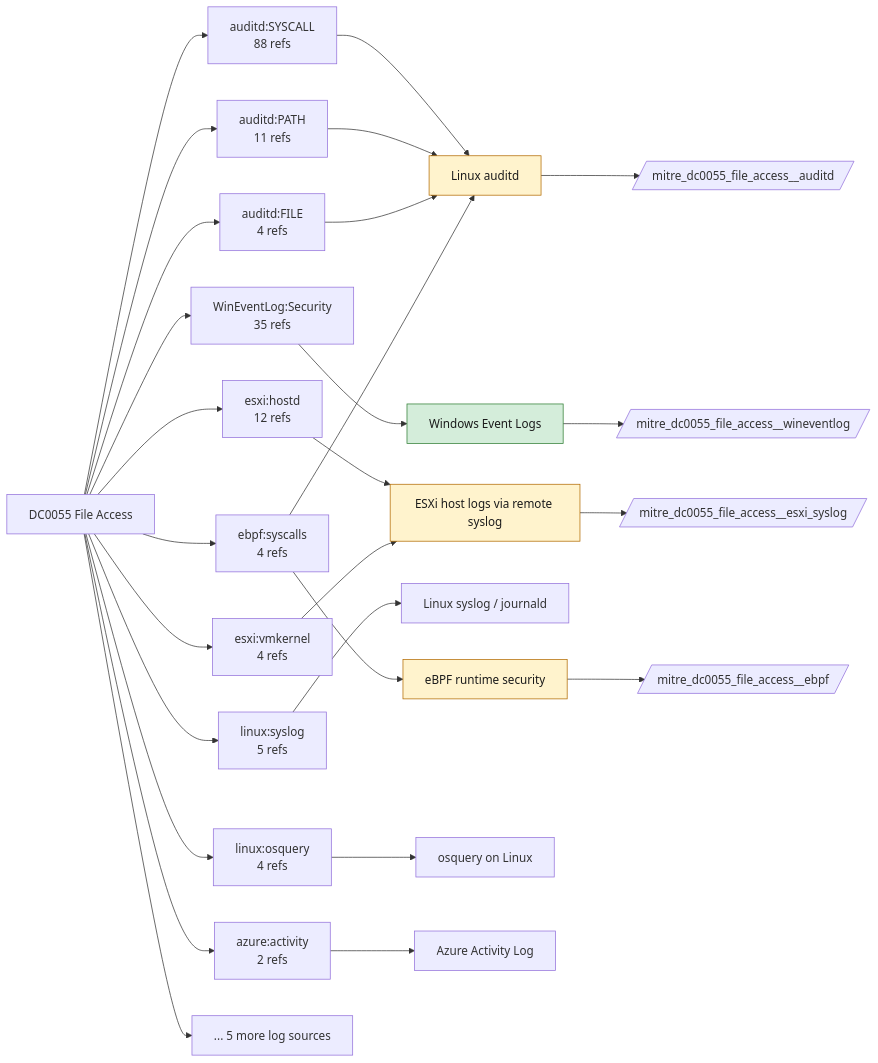
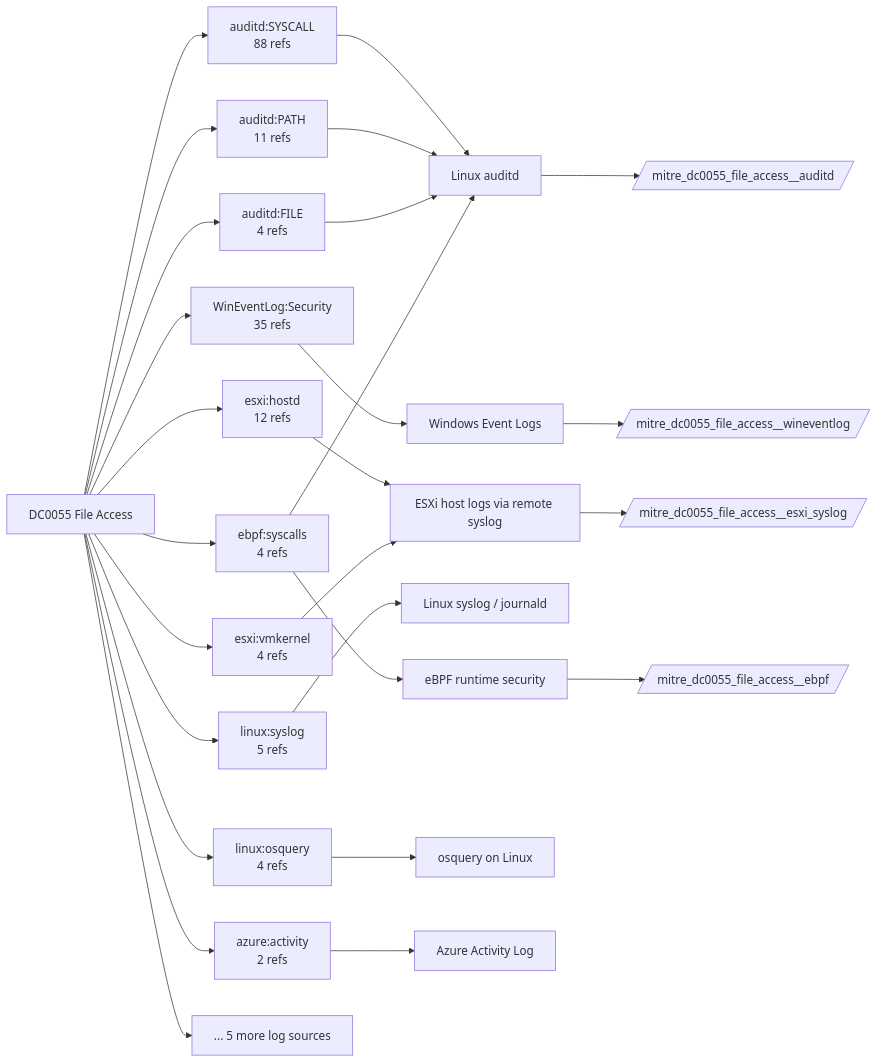
Before and after one commit to dev-nobytes-io/mitre-defensive-mappings-spl: the diagram in docs/data-components/DC0055-file-access.md, drawn with Mermaid. The commit also changed other lines of this file and 366 other files, not shown here.

````diff
--- a/docs/data-components/DC0055-file-access.md
+++ b/docs/data-components/DC0055-file-access.md
@@ -19,43 +19,37 @@
 ```mermaid
 flowchart LR
   DC["DC0055 File Access"]
   DC --> LS0["auditd:SYSCALL<br/>88 refs"]
   F_auditd["Linux auditd"]
   LS0 --> F_auditd
   DC --> LS1["WinEventLog:Security<br/>35 refs"]
   F_wineventlog["Windows Event Logs"]
   LS1 --> F_wineventlog
   DC --> LS2["esxi:hostd<br/>12 refs"]
   F_esxi_syslog["ESXi host logs via remote syslog"]
   LS2 --> F_esxi_syslog
   DC --> LS3["auditd:PATH<br/>11 refs"]
   LS3 --> F_auditd
   DC --> LS4["linux:syslog<br/>5 refs"]
   F_linux_syslog["Linux syslog / journald"]
   LS4 --> F_linux_syslog
   DC --> LS5["auditd:FILE<br/>4 refs"]
   LS5 --> F_auditd
   DC --> LS6["ebpf:syscalls<br/>4 refs"]
   F_ebpf["eBPF runtime security"]
   LS6 --> F_ebpf
   LS6 --> F_auditd
   DC --> LS7["esxi:vmkernel<br/>4 refs"]
   LS7 --> F_esxi_syslog
   DC --> LS8["linux:osquery<br/>4 refs"]
   F_linux_osquery["osquery on Linux"]
   LS8 --> F_linux_osquery
   DC --> LS9["azure:activity<br/>2 refs"]
   F_azure_activity["Azure Activity Log"]
   LS9 --> F_azure_activity
   DC --> MORE["... 5 more log sources"]
+  F_auditd --> ET_auditd[/"mitre_dc0055_file_access__auditd"/]
+  F_ebpf --> ET_ebpf[/"mitre_dc0055_file_access__ebpf"/]
+  F_esxi_syslog --> ET_esxi_syslog[/"mitre_dc0055_file_access__esxi_syslog"/]
   F_wineventlog --> ET_wineventlog[/"mitre_dc0055_file_access__wineventlog"/]
-  class F_wineventlog live
-  F_auditd --> ET_auditd[/"mitre_dc0055_file_access__auditd"/]
-  class F_auditd ready
-  F_ebpf --> ET_ebpf[/"mitre_dc0055_file_access__ebpf"/]
-  class F_ebpf ready
-  F_esxi_syslog --> ET_esxi_syslog[/"mitre_dc0055_file_access__esxi_syslog"/]
-  class F_esxi_syslog ready
-  classDef live fill:#d4edda,stroke:#2e7d32,color:#1b1b1b
-  classDef ready fill:#fff3cd,stroke:#b26a00,color:#1b1b1b
 ```
````
